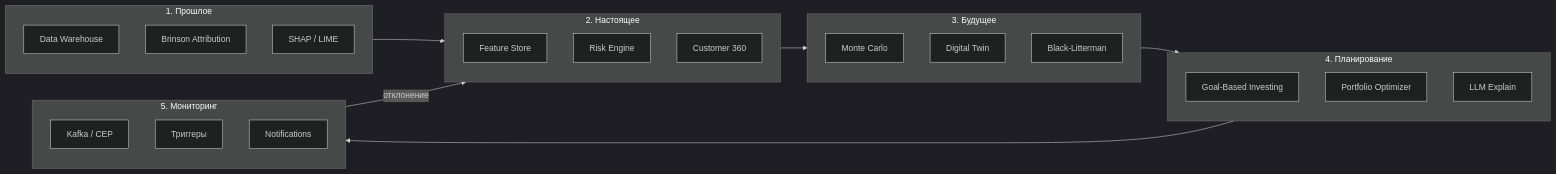
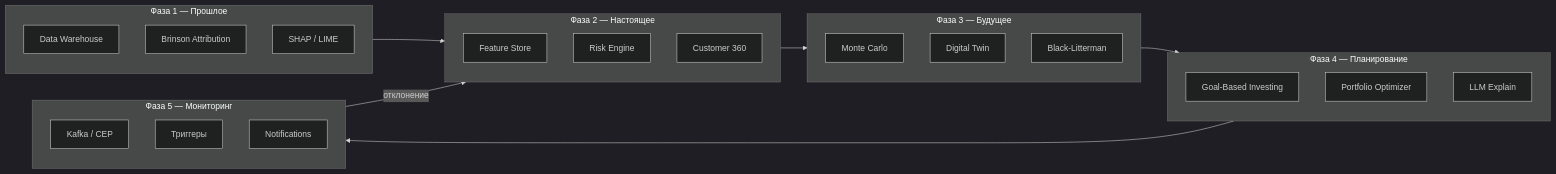
Before and after one commit to evgeniy-borisov/vairl: the third of 3 diagrams in _posts/2026-07-13-banking-investor-ai-agent-ru.md, drawn with Mermaid (dark theme). The commit also changed 3 other files, not shown here.

First line of the commit message:
Починить mermaid-схемы: убрать «N.» в началах меток узлов и subgraph.

````diff
--- a/_posts/2026-07-13-banking-investor-ai-agent-ru.md
+++ b/_posts/2026-07-13-banking-investor-ai-agent-ru.md
@@ -390,35 +390,35 @@
 ```mermaid
 flowchart LR
-    subgraph Past ["1. Прошлое"]
+    subgraph Past ["Фаза 1 — Прошлое"]
         DW["Data Warehouse"]
         BA["Brinson Attribution"]
         XAI["SHAP / LIME"]
     end
 
-    subgraph Present ["2. Настоящее"]
+    subgraph Present ["Фаза 2 — Настоящее"]
         FS["Feature Store"]
         RE["Risk Engine"]
         C360["Customer 360"]
     end
 
-    subgraph Future ["3. Будущее"]
+    subgraph Future ["Фаза 3 — Будущее"]
         MC["Monte Carlo"]
         DT["Digital Twin"]
         BL["Black-Litterman"]
     end
 
-    subgraph Plan ["4. Планирование"]
+    subgraph Plan ["Фаза 4 — Планирование"]
         GBI["Goal-Based Investing"]
         PO["Portfolio Optimizer"]
         LLM["LLM Explain"]
     end
 
-    subgraph Monitor ["5. Мониторинг"]
+    subgraph Monitor ["Фаза 5 — Мониторинг"]
         K["Kafka / CEP"]
         TR["Триггеры"]
         NS["Notifications"]
     end
 
     Past --> Present --> Future --> Plan --> Monitor
     Monitor -->|отклонение| Present
 ```
````
